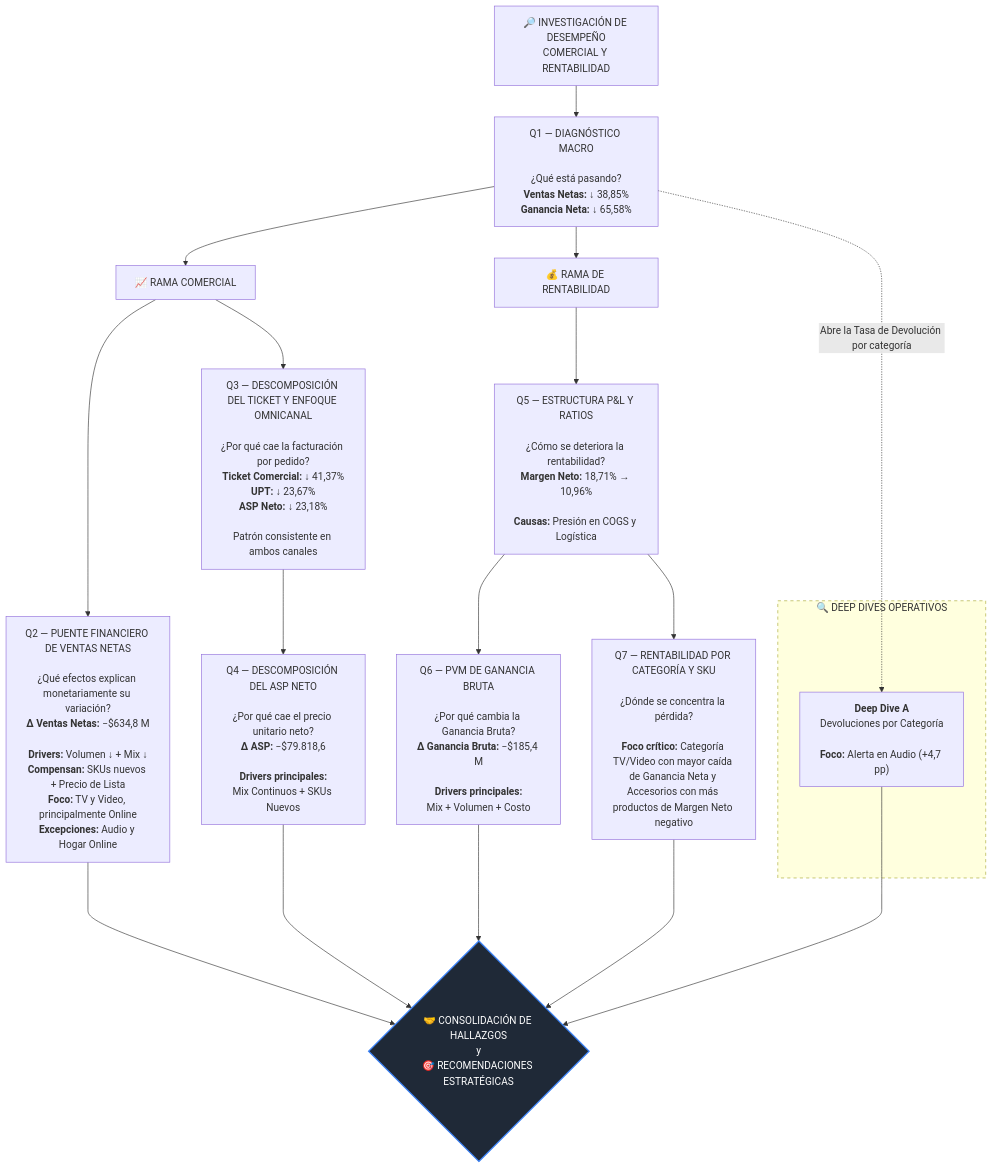
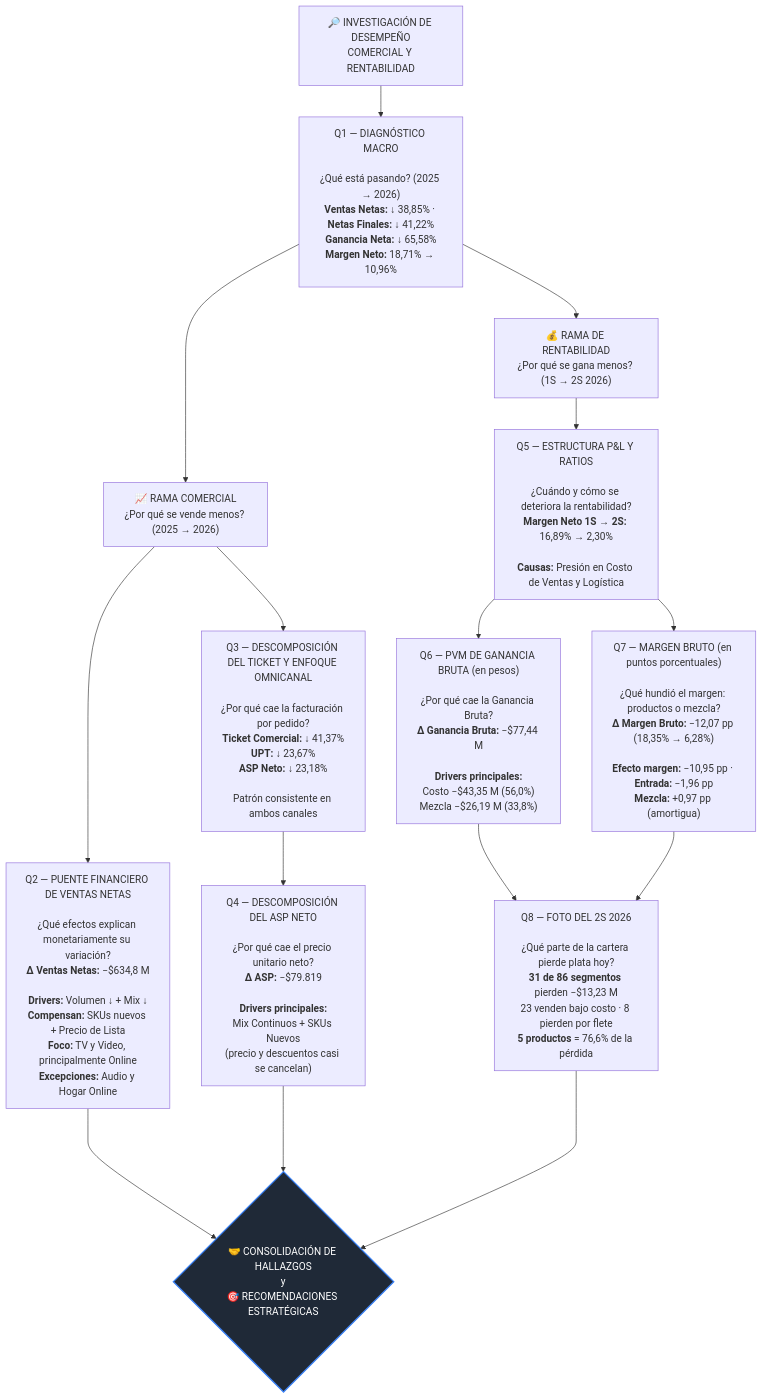
The first of 2 diagrams in sql_business_analysis/README.md (manticafacundoelian/dbt_elt_analytics), drawn with Mermaid before and after one commit. The commit also changed other lines of this file, not shown here.

````diff
--- a/sql_business_analysis/README.md
+++ b/sql_business_analysis/README.md
@@ -31,44 +31,38 @@
 ```mermaid
 flowchart TD
 
     A["🔎 INVESTIGACIÓN DE DESEMPEÑO<br/>COMERCIAL Y RENTABILIDAD"]
 
-    A --> B["Q1 — DIAGNÓSTICO MACRO<br/><br/>¿Qué está pasando?<br/><b>Ventas Netas:</b> ↓ 38,85%<br/><b>Ganancia Neta:</b> ↓ 65,58%"]
+    A --> B["Q1 — DIAGNÓSTICO MACRO<br/><br/>¿Qué está pasando? (2025 → 2026)<br/><b>Ventas Netas:</b> ↓ 38,85% · <b>Netas Finales:</b> ↓ 41,22%<br/><b>Ganancia Neta:</b> ↓ 65,58%<br/><b>Margen Neto:</b> 18,71% → 10,96%"]
 
-    B --> C["📈 RAMA COMERCIAL"]
-    B --> E["💰 RAMA DE RENTABILIDAD"]
+    B --> C["📈 RAMA COMERCIAL<br/>¿Por qué se vende menos? (2025 → 2026)"]
+    B --> E["💰 RAMA DE RENTABILIDAD<br/>¿Por qué se gana menos? (1S → 2S 2026)"]
 
     %% Rama Comercial: Q2 y Q3→Q4 son lentes paralelos, no secuenciales
 
     C --> C1["Q2 — PUENTE FINANCIERO DE VENTAS NETAS<br/><br/>¿Qué efectos explican monetariamente su variación?<br/><b>Δ Ventas Netas:</b> −$634,8 M<br/><br/><b>Drivers:</b> Volumen ↓ + Mix ↓<br/><b>Compensan:</b> SKUs nuevos + Precio de Lista<br/><b>Foco:</b> TV y Video, principalmente Online<br/><b>Excepciones:</b> Audio y Hogar Online"]
 
     C --> C2["Q3 — DESCOMPOSICIÓN DEL TICKET Y ENFOQUE OMNICANAL<br/><br/>¿Por qué cae la facturación por pedido?<br/><b>Ticket Comercial:</b> ↓ 41,37%<br/><b>UPT:</b> ↓ 23,67%<br/><b>ASP Neto:</b> ↓ 23,18%<br/><br/>Patrón consistente en ambos canales"]
 
-    C2 --> C3["Q4 — DESCOMPOSICIÓN DEL ASP NETO<br/><br/>¿Por qué cae el precio unitario neto?<br/><b>Δ ASP:</b> −$79.818,6<br/><br/><b>Drivers principales:</b><br/>Mix Continuos + SKUs Nuevos"]
+    C2 --> C3["Q4 — DESCOMPOSICIÓN DEL ASP NETO<br/><br/>¿Por qué cae el precio unitario neto?<br/><b>Δ ASP:</b> −$79.819<br/><br/><b>Drivers principales:</b><br/>Mix Continuos + SKUs Nuevos<br/>(precio y descuentos casi se cancelan)"]
 
-    %% Rama de Rentabilidad: Q5 es la raíz, Q6 y Q7 son ramas paralelas
-    E --> E1["Q5 — ESTRUCTURA P&L Y RATIOS<br/><br/>¿Cómo se deteriora la rentabilidad?<br/><b>Margen Neto:</b> 18,71% → 10,96%<br/><br/><b>Causas:</b> Presión en COGS y Logística"]
-    
-    E1 --> E2["Q6 — PVM DE GANANCIA BRUTA<br/><br/>¿Por qué cambia la Ganancia Bruta?<br/><b>Δ Ganancia Bruta:</b> −$185,4 M<br/><br/><b>Drivers principales:</b><br/>Mix + Volumen + Costo"]
-    
-    E1 --> E3["Q7 — RENTABILIDAD POR CATEGORÍA Y SKU<br/><br/>¿Dónde se concentra la pérdida?<br/><br/><b>Foco crítico:</b> Categoría TV/Video con mayor caída de Ganancia Neta y Accesorios con más productos de Margen Neto negativo"]
+    %% Rama de Rentabilidad: Q5 es la raíz, Q6 y Q7 son lentes paralelos (pesos y puntos de margen), Q8 converge
 
-    %% El Deep Dive abre un dato ya presentado en Q1 (Tasa de Devolución)
-    B -.->|Abre la Tasa de Devolución por categoría| H
+    E --> E1["Q5 — ESTRUCTURA P&L Y RATIOS<br/><br/>¿Cuándo y cómo se deteriora la rentabilidad?<br/><b>Margen Neto 1S → 2S:</b> 16,89% → 2,30%<br/><br/><b>Causas:</b> Presión en Costo de Ventas y Logística"]
 
-    subgraph DEEP_DIVES ["🔍 DEEP DIVES OPERATIVOS"]
-        H["<b>Deep Dive A</b><br/>Devoluciones por Categoría<br/><br/><b>Foco:</b> Alerta en Audio (+4,7 pp)"]
-    end
+    E1 --> E2["Q6 — PVM DE GANANCIA BRUTA (en pesos)<br/><br/>¿Por qué cae la Ganancia Bruta?<br/><b>Δ Ganancia Bruta:</b> −$77,44 M<br/><br/><b>Drivers principales:</b><br/>Costo −$43,35 M (56,0%)<br/>Mezcla −$26,19 M (33,8%)"]
+
+    E1 --> E3["Q7 — MARGEN BRUTO (en puntos porcentuales)<br/><br/>¿Qué hundió el margen: productos o mezcla?<br/><b>Δ Margen Bruto:</b> −12,07 pp (18,35% → 6,28%)<br/><br/><b>Efecto margen:</b> −10,95 pp · <b>Entrada:</b> −1,96 pp<br/><b>Mezcla:</b> +0,97 pp (amortigua)"]
+
+    E2 --> E4["Q8 — FOTO DEL 2S 2026<br/><br/>¿Qué parte de la cartera pierde plata hoy?<br/><b>31 de 86 segmentos</b> pierden −$13,23 M<br/>23 venden bajo costo · 8 pierden por flete<br/><b>5 productos</b> = 76,6% de la pérdida"]
+    E3 --> E4
 
     %% ==========================================
     %% EFECTO LLAVE ACOSTADA UNIFICADORA
     %% ==========================================
     C1 ---> LLAVE{" 🤝 CONSOLIDACIÓN DE HALLAZGOS<br/>y<br/>🎯 RECOMENDACIONES ESTRATÉGICAS"}
     C3 ---> LLAVE
-    E2 ---> LLAVE
-    E3 ---> LLAVE
-    H  ---> LLAVE
+    E4 ---> LLAVE
 
     style LLAVE fill:#1f2937,stroke:#3b82f6,stroke-width:2px,color:#fff
-    style DEEP_DIVES stroke-dasharray: 5 5
 ```
````
